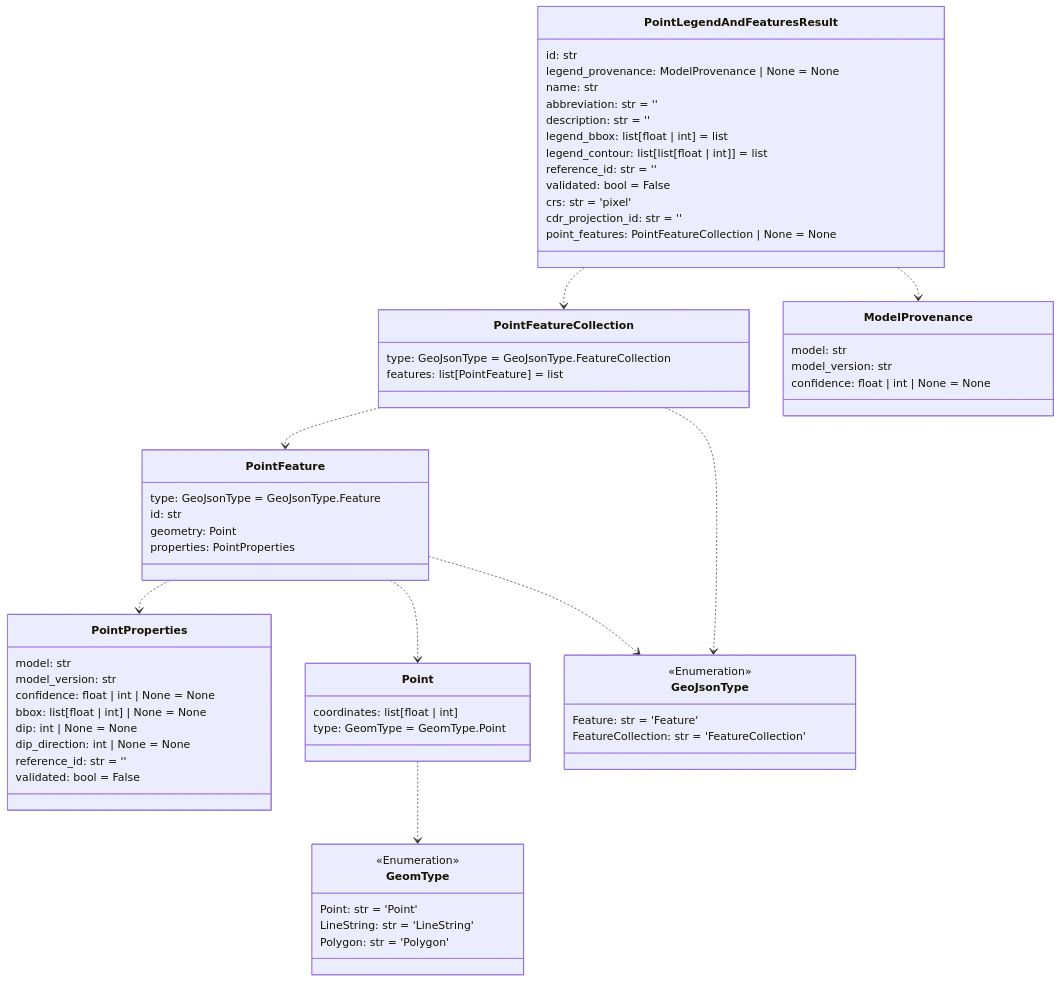
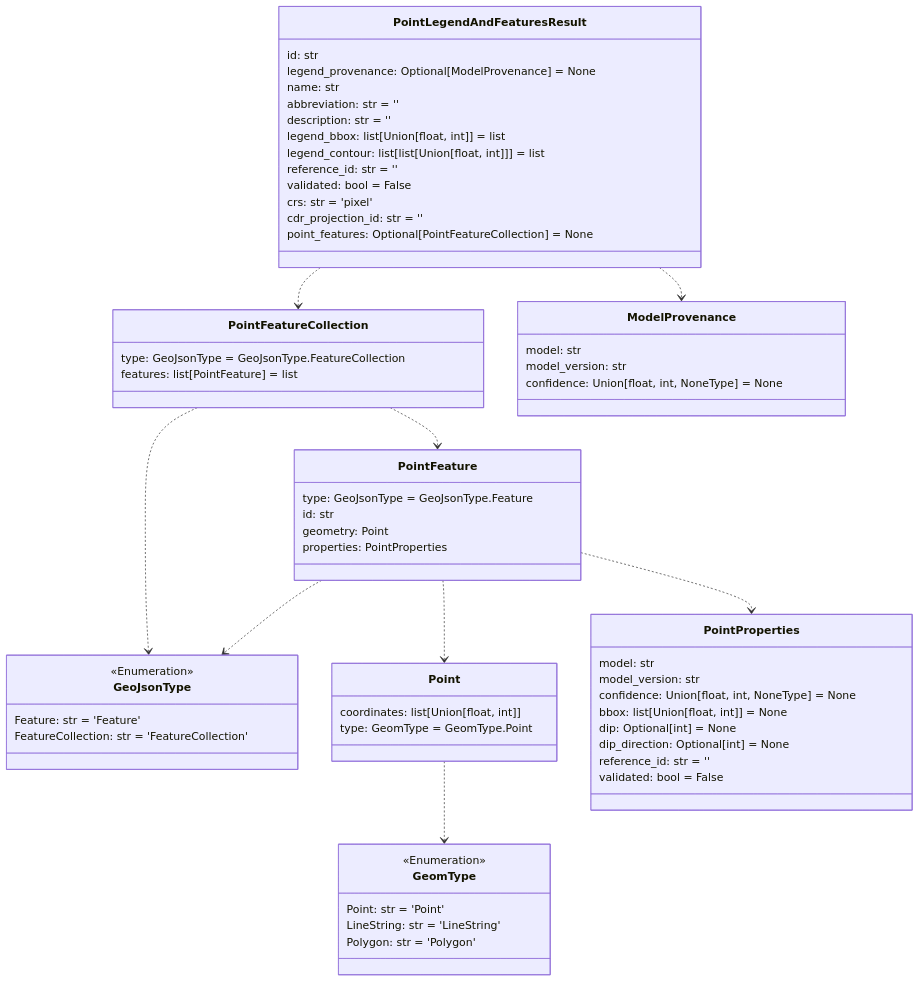
The fifth of 14 diagrams in README.md (DARPA-CRITICALMAAS/cdr_schemas), drawn with Mermaid before and after one commit. The commit also changed other lines of this file and 2 other files, not shown here.

````diff
--- a/README.md
+++ b/README.md
@@ -368,76 +368,76 @@
 ```mermaid
 classDiagram
-
-    class PointProperties {
-        model: str
-        model_version: str
-        confidence: float | int | None = None
-        bbox: list[float | int] | None = None
-        dip: int | None = None
-        dip_direction: int | None = None
-        reference_id: str = ''
-        validated: bool = False
-    }
 
     class PointFeatureCollection {
         type: GeoJsonType = GeoJsonType.FeatureCollection
         features: list[PointFeature] = list
+    }
+
+    class GeoJsonType {
+        <<Enumeration>>
+        Feature: str = 'Feature'
+        FeatureCollection: str = 'FeatureCollection'
+    }
+
+    class Point {
+        coordinates: list[Union[float, int]]
+        type: GeomType = GeomType.Point
+    }
+
+    class GeomType {
+        <<Enumeration>>
+        Point: str = 'Point'
+        LineString: str = 'LineString'
+        Polygon: str = 'Polygon'
+    }
+
+    class ModelProvenance {
+        model: str
+        model_version: str
+        confidence: Union[float, int, NoneType] = None
     }
 
     class PointFeature {
         type: GeoJsonType = GeoJsonType.Feature
         id: str
         geometry: Point
         properties: PointProperties
     }
 
-    class GeomType {
-        <<Enumeration>>
-        Point: str = 'Point'
-        LineString: str = 'LineString'
-        Polygon: str = 'Polygon'
-    }
-
-    class Point {
-        coordinates: list[float | int]
-        type: GeomType = GeomType.Point
-    }
-
-    class GeoJsonType {
-        <<Enumeration>>
-        Feature: str = 'Feature'
-        FeatureCollection: str = 'FeatureCollection'
-    }
-
-    class ModelProvenance {
-        model: str
-        model_version: str
-        confidence: float | int | None = None
-    }
-
     class PointLegendAndFeaturesResult {
         id: str
-        legend_provenance: ModelProvenance | None = None
+        legend_provenance: Optional[ModelProvenance] = None
         name: str
         abbreviation: str = ''
         description: str = ''
-        legend_bbox: list[float | int] = list
-        legend_contour: list[list[float | int]] = list
+        legend_bbox: list[Union[float, int]] = list
+        legend_contour: list[list[Union[float, int]]] = list
         reference_id: str = ''
         validated: bool = False
         crs: str = 'pixel'
         cdr_projection_id: str = ''
-        point_features: PointFeatureCollection | None = None
+        point_features: Optional[PointFeatureCollection] = None
+    }
+
+    class PointProperties {
+        model: str
+        model_version: str
+        confidence: Union[float, int, NoneType] = None
+        bbox: list[Union[float, int]] = None
+        dip: Optional[int] = None
+        dip_direction: Optional[int] = None
+        reference_id: str = ''
+        validated: bool = False
     }
 
     Point ..> GeomType
-    PointFeature ..> PointProperties
     PointFeature ..> Point
     PointFeature ..> GeoJsonType
+    PointFeature ..> PointProperties
     PointFeatureCollection ..> PointFeature
     PointFeatureCollection ..> GeoJsonType
+    PointLegendAndFeaturesResult ..> ModelProvenance
     PointLegendAndFeaturesResult ..> PointFeatureCollection
-    PointLegendAndFeaturesResult ..> ModelProvenance
 
 
 ```
````
